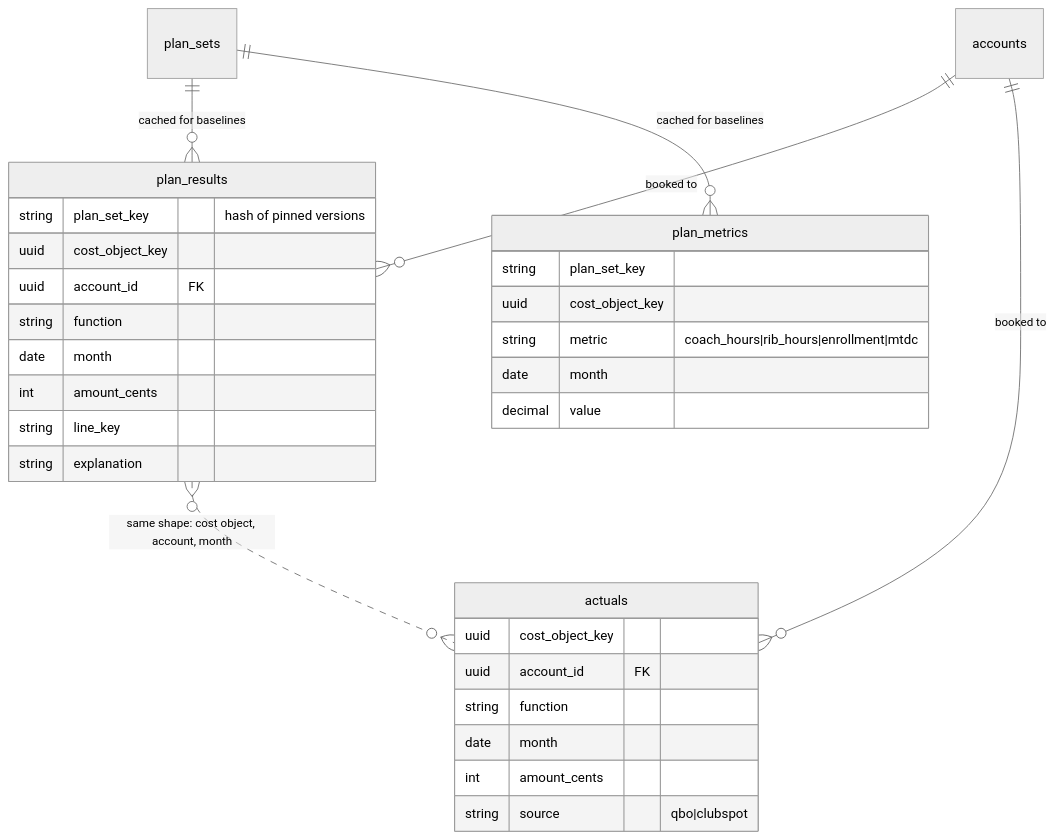
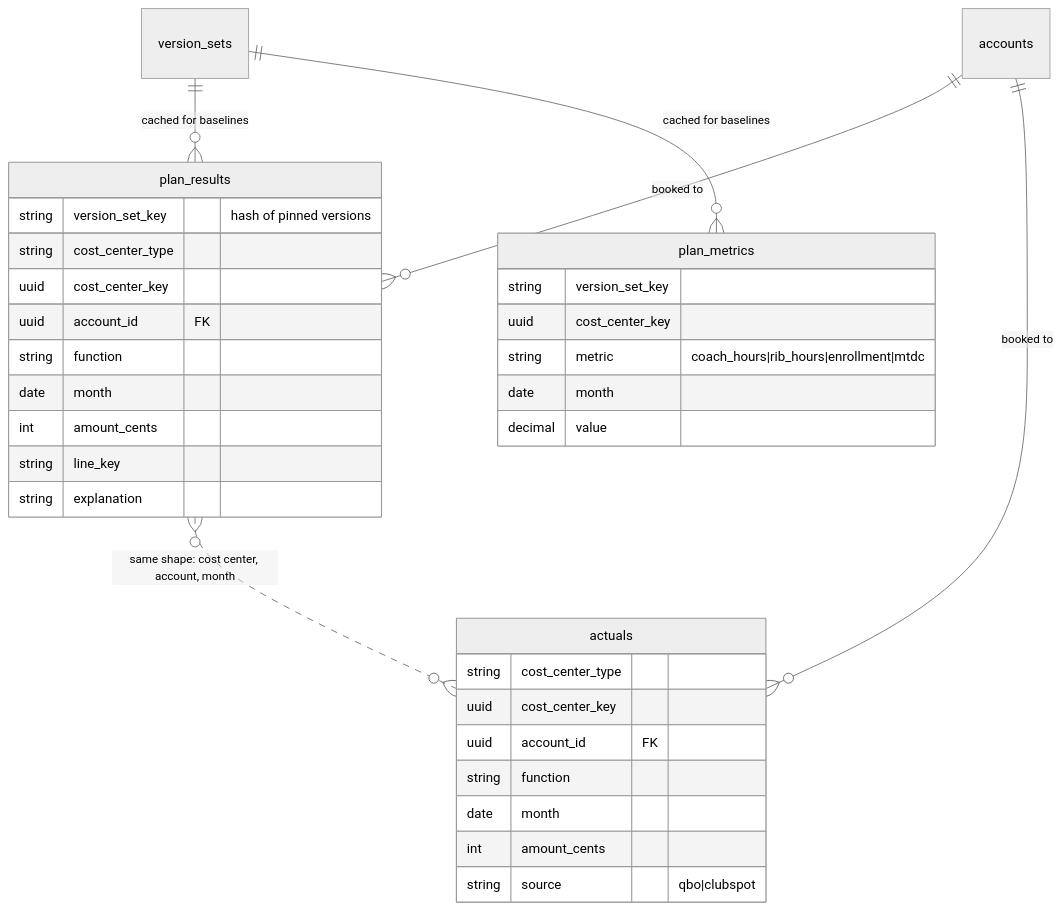
Before and after one commit to cyc-seattle/isthmia: the fifth of 5 diagrams in docs/planning-schema.md, drawn with Mermaid (neutral theme). The commit also changed other lines of this file, not shown here.

Commit message:
docs: rename planning terms to product, offering, activity block, cost center, plan and version set

````diff
--- a/docs/planning-schema.md
+++ b/docs/planning-schema.md
@@ -328,34 +329,36 @@
 ```mermaid
 erDiagram
-    plan_sets ||--o{ plan_results : "cached for baselines"
-    plan_sets ||--o{ plan_metrics : "cached for baselines"
+    version_sets ||--o{ plan_results : "cached for baselines"
+    version_sets ||--o{ plan_metrics : "cached for baselines"
     accounts ||--o{ plan_results : "booked to"
     accounts ||--o{ actuals : "booked to"
-    plan_results }o..o{ actuals : "same shape: cost object, account, month"
+    plan_results }o..o{ actuals : "same shape: cost center, account, month"
 
     plan_results {
-        string plan_set_key "hash of pinned versions"
-        uuid cost_object_key
+        string version_set_key "hash of pinned versions"
+        string cost_center_type
+        uuid cost_center_key
         uuid account_id FK
         string function
         date month
         int amount_cents
         string line_key
         string explanation
     }
     plan_metrics {
-        string plan_set_key
-        uuid cost_object_key
+        string version_set_key
+        uuid cost_center_key
         string metric "coach_hours|rib_hours|enrollment|mtdc"
         date month
         decimal value
     }
     actuals {
-        uuid cost_object_key
+        string cost_center_type
+        uuid cost_center_key
         uuid account_id FK
         string function
         date month
         int amount_cents
         string source "qbo|clubspot"
     }
 ```
````
